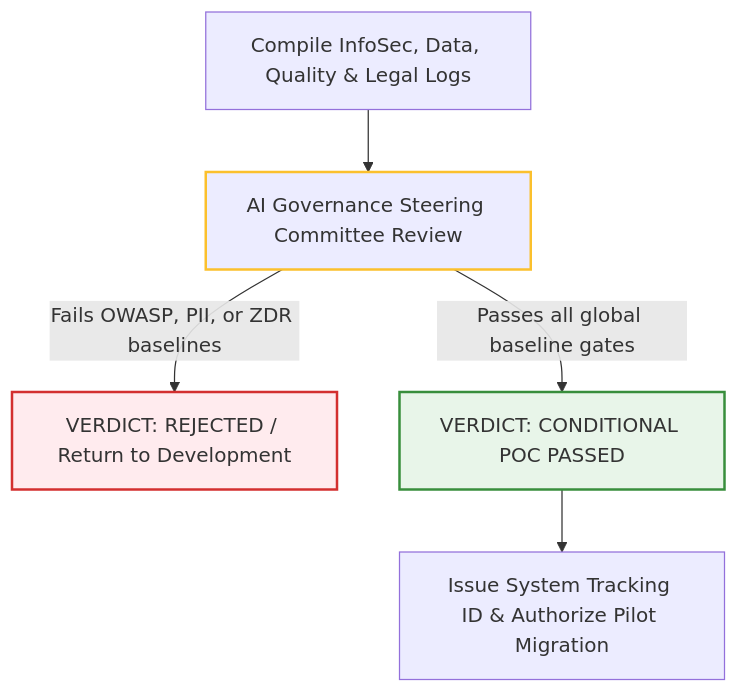
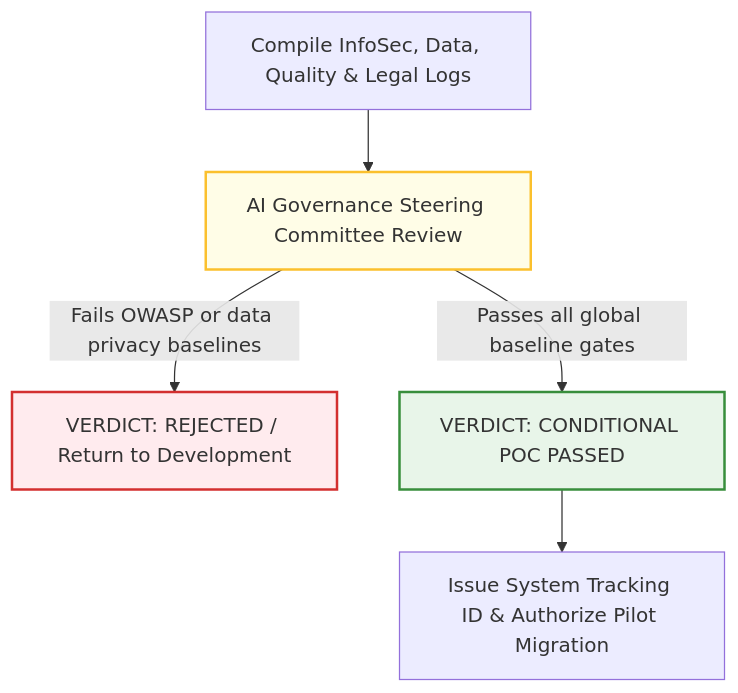
The diagram in 4-operational-toolkits/Phase-1-POC/README.md (RajatSharma-AIGovernance/ai-governance-portfolio), drawn with Mermaid before and after one commit. The commit also changed other lines of this file, not shown here.

````diff
--- a/4-operational-toolkits/Phase-1-POC/README.md
+++ b/4-operational-toolkits/Phase-1-POC/README.md
@@ -57,10 +29,10 @@
 ```mermaid
 graph TD
     A[Compile InfoSec, Data, Quality & Legal Logs] --> B[AI Governance Steering Committee Review]
-    B -->|Fails OWASP, PII, or ZDR baselines| C[VERDICT: REJECTED / Return to Development]
+    B -->|Fails OWASP or data privacy baselines| C[VERDICT: REJECTED / Return to Development]
     B -->|Passes all global baseline gates| D[VERDICT: CONDITIONAL POC PASSED]
     D --> E[Issue System Tracking ID & Authorize Pilot Migration]
-    style B fill:#fffRef,stroke:#fbc02d,stroke-width:2px
+    style B fill:#fffde7,stroke:#fbc02d,stroke-width:2px
     style C fill:#ffebee,stroke:#d32f2f,stroke-width:2px
     style D fill:#e8f5e9,stroke:#388e3c,stroke-width:2px
 ```
````
